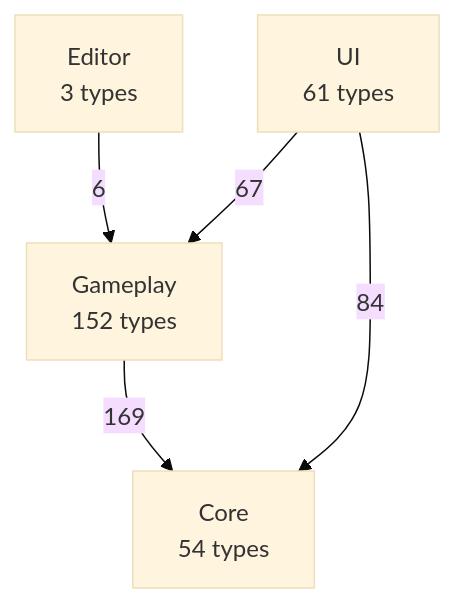
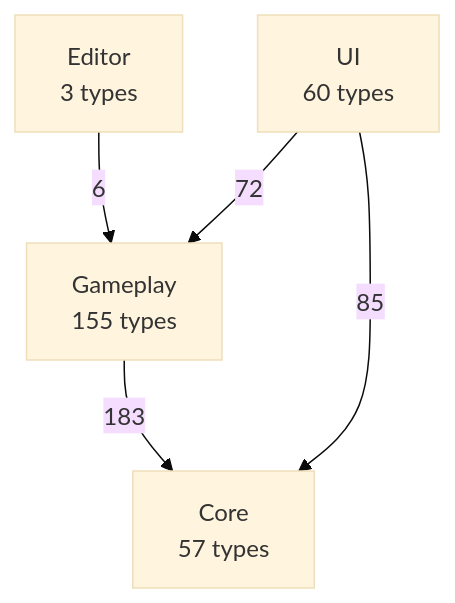
The first of 2 diagrams in docs/uml/00-overview.md (PhumipatWave/project-ocean), drawn with Mermaid (base theme) before and after one commit. The commit also changed other lines of this file and 304 other files, not shown here.

````diff
--- a/docs/uml/00-overview.md
+++ b/docs/uml/00-overview.md
@@ -11,11 +11,11 @@
 ```mermaid
 flowchart TB
   Editor["Editor<br/>3 types"]
-  UI["UI<br/>61 types"]
-  Gameplay["Gameplay<br/>152 types"]
-  Core["Core<br/>54 types"]
+  UI["UI<br/>60 types"]
+  Gameplay["Gameplay<br/>155 types"]
+  Core["Core<br/>57 types"]
   Editor -->|6| Gameplay
-  Gameplay -->|169| Core
-  UI -->|84| Core
-  UI -->|67| Gameplay
+  Gameplay -->|183| Core
+  UI -->|85| Core
+  UI -->|72| Gameplay
 ```
````
